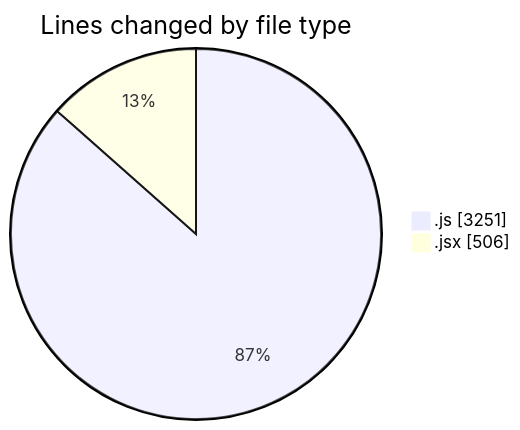
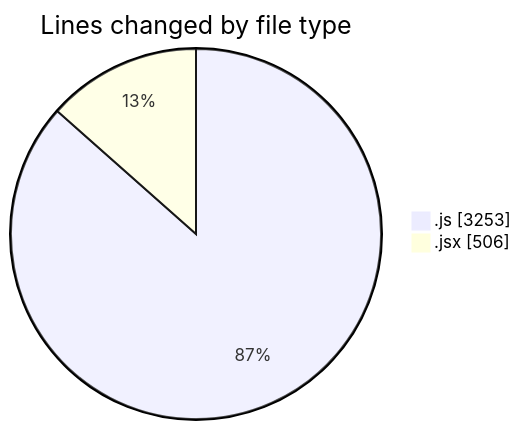
One commit to nxtqubesakshisongat/code-tracking changed the first of 2 diagrams in 2025-07-27/nxtqube_webapp/README.md. Above: the diagram before and after it, drawn with Mermaid. The commit also changed other lines of this file and 1 other file, not shown here.

````diff
--- a/2025-07-27/nxtqube_webapp/README.md
+++ b/2025-07-27/nxtqube_webapp/README.md
@@ -28,6 +28,6 @@
 ```mermaid
 pie showData
 title Lines changed by file type
-".js" : 3251
+".js" : 3253
 ".jsx" : 506
 ```
````
